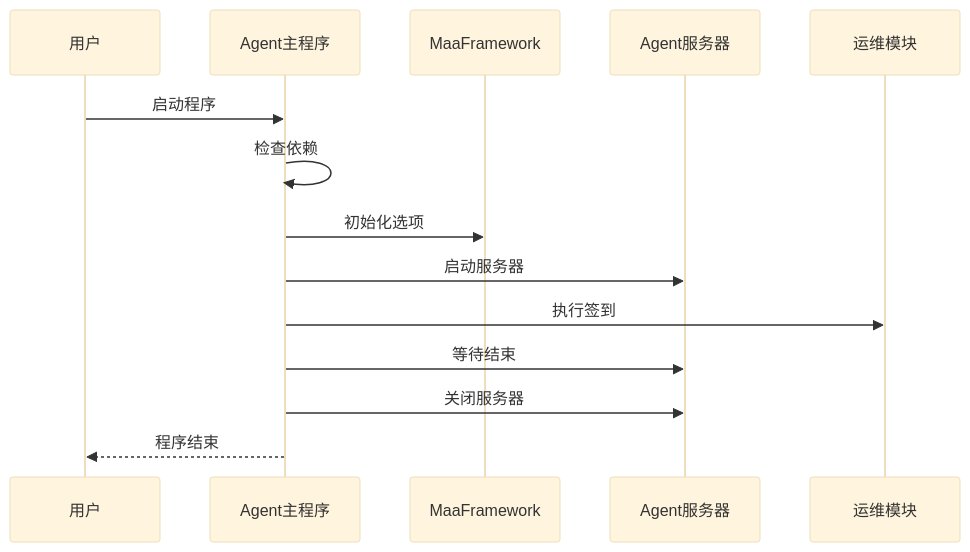
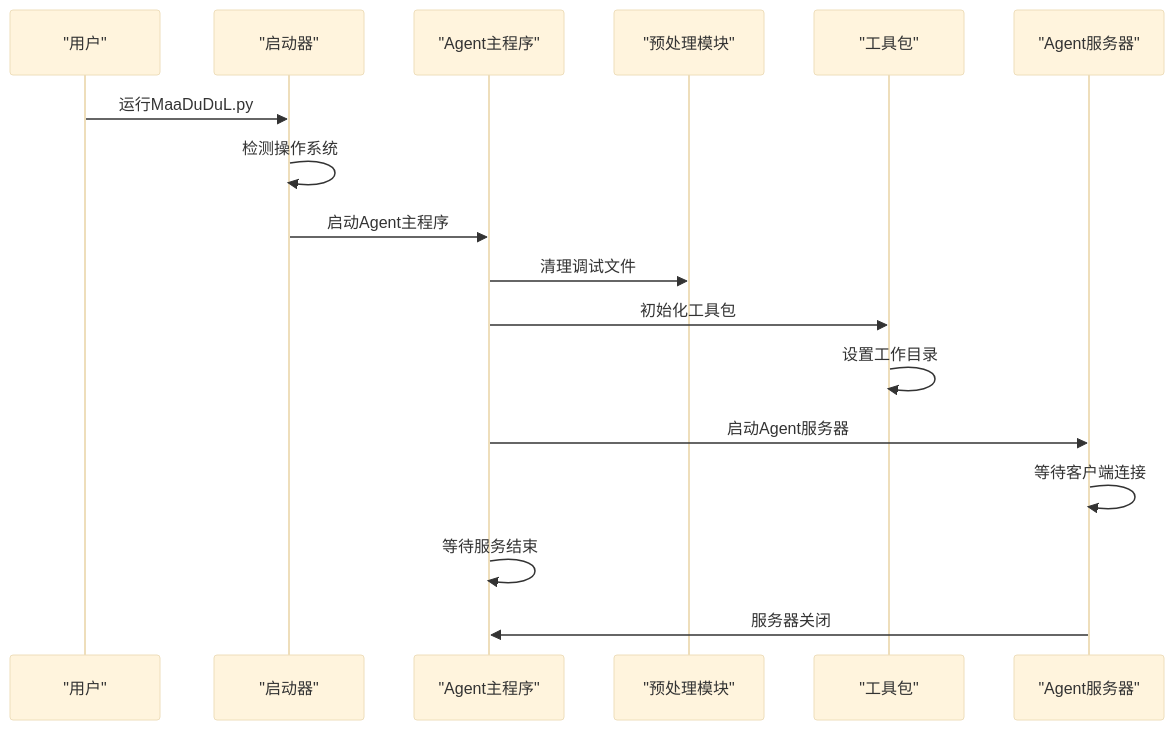
The sixth of 8 diagrams in .qoder/repowiki/zh/content/Operation Guide Content.md (kqcoxn/MaaDuDuL), drawn with Mermaid (base theme) before and after one commit. The commit also changed other lines of this file and 18 other files, not shown here.

````diff
--- a/.qoder/repowiki/zh/content/Operation Guide Content.md
+++ b/.qoder/repowiki/zh/content/Operation Guide Content.md
@@ -212,16 +222,19 @@
 ```mermaid
 sequenceDiagram
-participant User as 用户
-participant Agent as Agent主程序
-participant Toolkit as MaaFramework
-participant Server as Agent服务器
-participant DevOps as 运维模块
-User->>Agent : 启动程序
-Agent->>Agent : 检查依赖
-Agent->>Toolkit : 初始化选项
-Agent->>Server : 启动服务器
-Agent->>DevOps : 执行签到
-Agent->>Server : 等待结束
-Agent->>Server : 关闭服务器
-Agent-->>User : 程序结束
+participant User as "用户"
+participant Launcher as "启动器"
+participant Agent as "Agent主程序"
+participant Preprocess as "预处理模块"
+participant Toolkit as "工具包"
+participant Server as "Agent服务器"
+User->>Launcher : 运行MaaDuDuL.py
+Launcher->>Launcher : 检测操作系统
+Launcher->>Agent : 启动Agent主程序
+Agent->>Preprocess : 清理调试文件
+Agent->>Toolkit : 初始化工具包
+Toolkit->>Toolkit : 设置工作目录
+Agent->>Server : 启动Agent服务器
+Server->>Server : 等待客户端连接
+Agent->>Agent : 等待服务结束
+Server->>Agent : 服务器关闭
 ```
````
